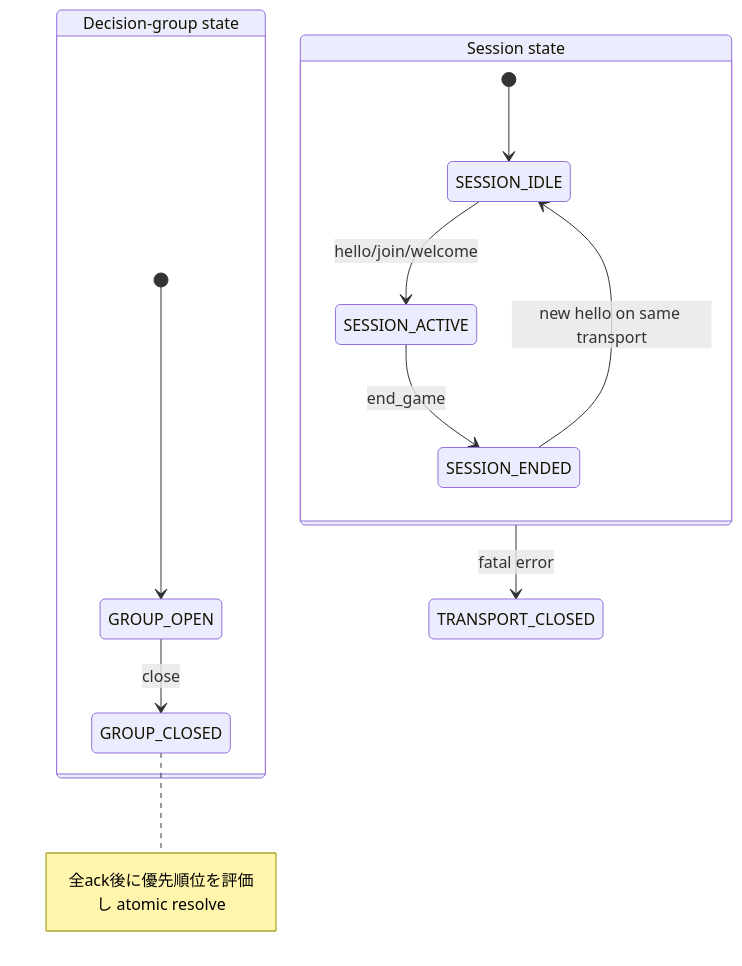
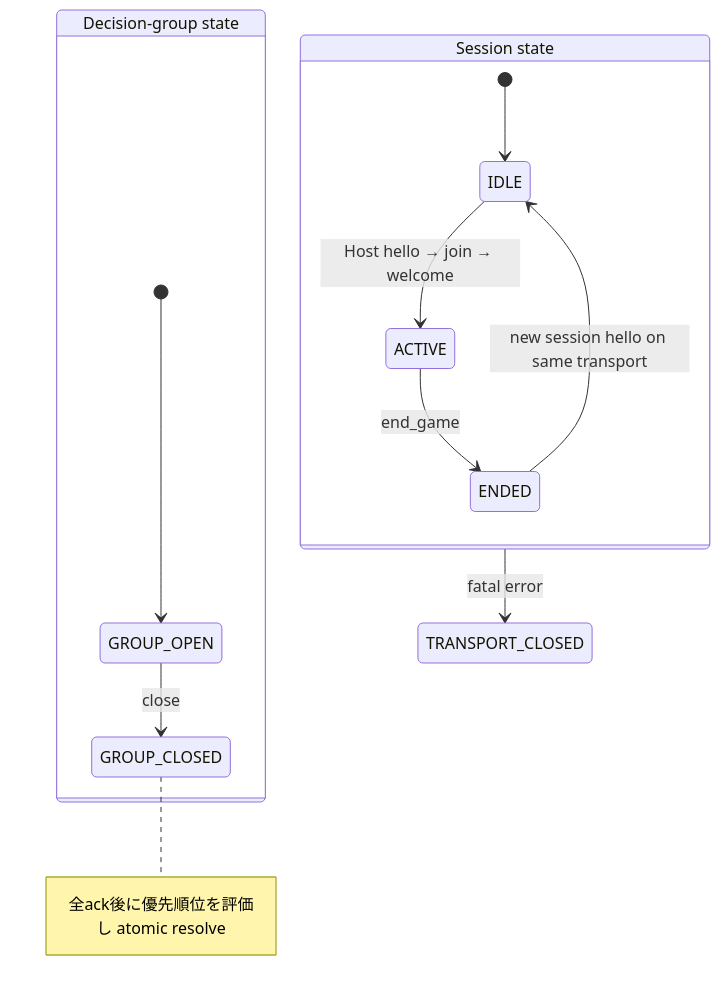
Before and after one commit to SuzumiyaAoba/YAMAI: the sixth of 8 diagrams in docs/yamai-protocol.md, drawn with Mermaid. The commit also changed other lines of this file and 5 other files, not shown here.

````diff
--- a/docs/yamai-protocol.md
+++ b/docs/yamai-protocol.md
@@ -1471,15 +1657,15 @@
 ```mermaid
 stateDiagram-v2
   state "Session state" as SESSION {
-    [*] --> SESSION_IDLE
-    SESSION_IDLE --> SESSION_ACTIVE: hello/join/welcome
-    SESSION_ACTIVE --> SESSION_ENDED: end_game
-    SESSION_ENDED --> SESSION_IDLE: new hello on same transport
+    [*] --> IDLE
+    IDLE --> ACTIVE: Host hello → join → welcome
+    ACTIVE --> ENDED: end_game
+    ENDED --> IDLE: new session hello on same transport
   }
   state "Decision-group state" as DECISION_GROUP {
     [*] --> GROUP_OPEN
     GROUP_OPEN --> GROUP_CLOSED: close
     note right of GROUP_CLOSED: 全ack後に優先順位を評価し atomic resolve
   }
   SESSION --> TRANSPORT_CLOSED: fatal error
 ```
````
